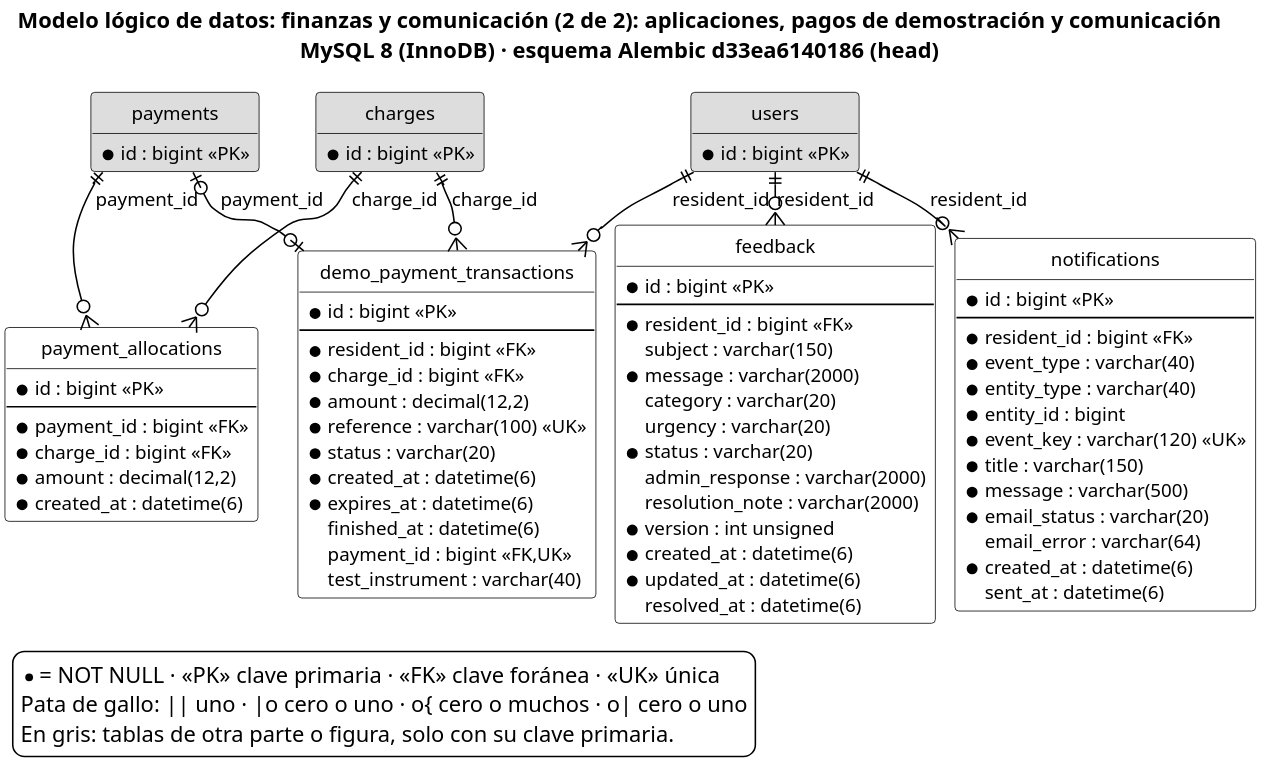
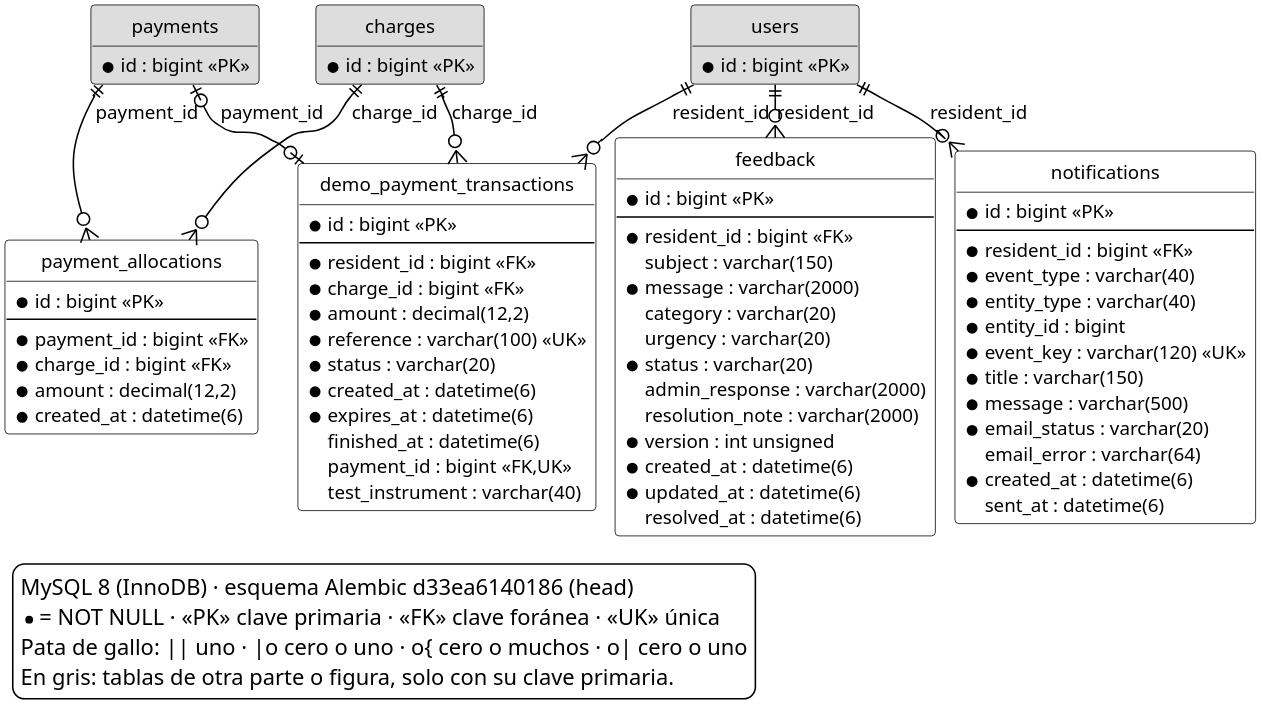
Before and after one commit to yilberDev/SoftPh-Academico: the diagram in docs/entrega-objetivos/modelo-datos/modelo-datos-finanzas-comunicacion-parte2.puml, drawn with PlantUML. The commit also changed 69 other files, not shown here.

First line of the commit message:
docs(diagrams): drop titles and clear crossed labels

```diff
--- a/docs/entrega-objetivos/modelo-datos/modelo-datos-finanzas-comunicacion-parte2.puml
+++ b/docs/entrega-objetivos/modelo-datos/modelo-datos-finanzas-comunicacion-parte2.puml
@@ -1,95 +1,96 @@
 @startuml
 ' modelo-datos-finanzas-comunicacion-parte2: generado por scripts/generar_areas.py a partir de modelo-datos-completo.puml
 ' (columnas, tipos, nulos, claves y relaciones leídos de information_schema; no se editan a mano).
 skinparam dpi 300
 skinparam monochrome true
 skinparam backgroundColor white
 skinparam shadowing false
 skinparam defaultFontName Helvetica
 skinparam defaultFontSize 12
 skinparam class {
   BackgroundColor White
   BorderColor Black
   ArrowColor Black
 }
 hide circle
 hide methods
 top to bottom direction
 skinparam nodesep 12
 skinparam ranksep 15
-title Modelo lógico de datos: finanzas y comunicación (2 de 2): aplicaciones, pagos de demostración y comunicación\nMySQL 8 (InnoDB) · esquema Alembic d33ea6140186 (head)
+' Título (no se dibuja; lo pone el pie de figura del informe): Modelo lógico de datos: finanzas y comunicación (2 de 2): aplicaciones, pagos de demostración y comunicación
 entity "payment_allocations" as payment_allocations {
   *id : bigint <<PK>>
   --
   *payment_id : bigint <<FK>>
   *charge_id : bigint <<FK>>
   *amount : decimal(12,2)
   *created_at : datetime(6)
 }
 entity "demo_payment_transactions" as demo_payment_transactions {
   *id : bigint <<PK>>
   --
   *resident_id : bigint <<FK>>
   *charge_id : bigint <<FK>>
   *amount : decimal(12,2)
   *reference : varchar(100) <<UK>>
   *status : varchar(20)
   *created_at : datetime(6)
   *expires_at : datetime(6)
   finished_at : datetime(6)
   payment_id : bigint <<FK,UK>>
   test_instrument : varchar(40)
 }
 entity "feedback" as feedback {
   *id : bigint <<PK>>
   --
   *resident_id : bigint <<FK>>
   subject : varchar(150)
   *message : varchar(2000)
   category : varchar(20)
   urgency : varchar(20)
   *status : varchar(20)
   admin_response : varchar(2000)
   resolution_note : varchar(2000)
   *version : int unsigned
   *created_at : datetime(6)
   *updated_at : datetime(6)
   resolved_at : datetime(6)
 }
 entity "notifications" as notifications {
   *id : bigint <<PK>>
   --
   *resident_id : bigint <<FK>>
   *event_type : varchar(40)
   *entity_type : varchar(40)
   *entity_id : bigint
   *event_key : varchar(120) <<UK>>
   *title : varchar(150)
   *message : varchar(500)
   *email_status : varchar(20)
   email_error : varchar(64)
   *created_at : datetime(6)
   sent_at : datetime(6)
 }
 entity "charges" as charges #DDDDDD {
   *id : bigint <<PK>>
 }
 entity "payments" as payments #DDDDDD {
   *id : bigint <<PK>>
 }
 entity "users" as users #DDDDDD {
   *id : bigint <<PK>>
 }
 charges ||--o{ demo_payment_transactions : "charge_id"
 payments |o--o| demo_payment_transactions : "payment_id"
 users ||--o{ demo_payment_transactions : "resident_id"
 users ||--o{ feedback : "resident_id"
 users ||--o{ notifications : "resident_id"
 charges ||--o{ payment_allocations : "charge_id"
 payments ||--o{ payment_allocations : "payment_id"
 legend bottom left
+  MySQL 8 (InnoDB) · esquema Alembic d33ea6140186 (head)
   * = NOT NULL · <<PK>> clave primaria · <<FK>> clave foránea · <<UK>> única
   Pata de gallo: || uno · |o cero o uno · o{ cero o muchos · o| cero o uno
   En gris: tablas de otra parte o figura, solo con su clave primaria.
 endlegend
 @enduml
```
